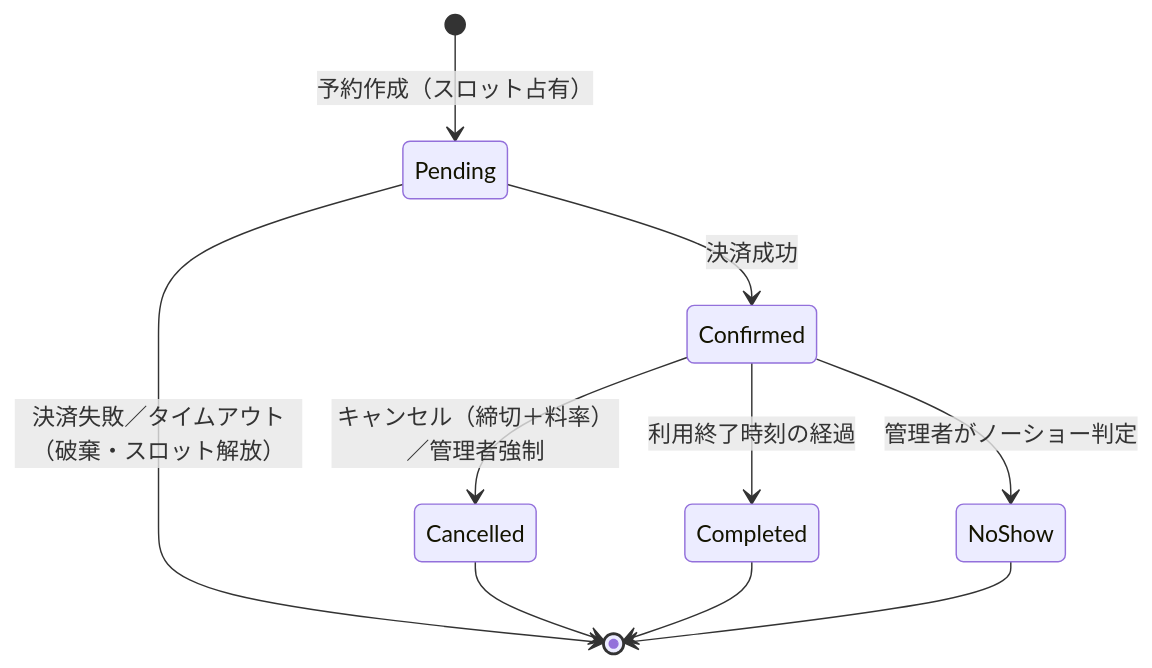
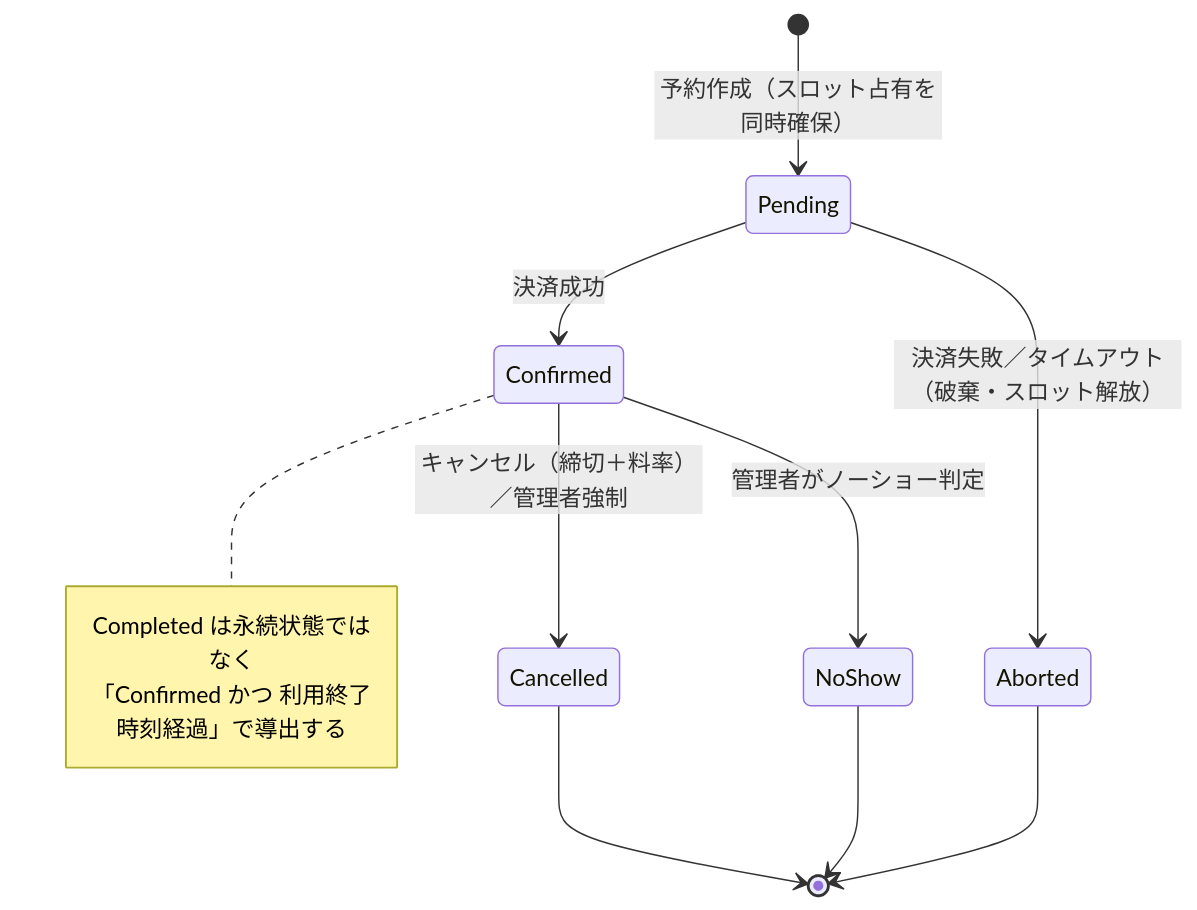
The diagram in docs/requirements/rental-space-booking.md (kato0373i/rental-space-booking), drawn with Mermaid before and after one commit. The commit also changed other lines of this file, not shown here.

````diff
--- a/docs/requirements/rental-space-booking.md
+++ b/docs/requirements/rental-space-booking.md
@@ -426,12 +426,15 @@
 ```mermaid
 stateDiagram-v2
-    [*] --> Pending: 予約作成（スロット占有）
+    [*] --> Pending: 予約作成（スロット占有を同時確保）
     Pending --> Confirmed: 決済成功
-    Pending --> [*]: 決済失敗／タイムアウト（破棄・スロット解放）
+    Pending --> Aborted: 決済失敗／タイムアウト（破棄・スロット解放）
     Confirmed --> Cancelled: キャンセル（締切＋料率）／管理者強制
-    Confirmed --> Completed: 利用終了時刻の経過
     Confirmed --> NoShow: 管理者がノーショー判定
     Cancelled --> [*]
-    Completed --> [*]
     NoShow --> [*]
+    Aborted --> [*]
+    note right of Confirmed
+        Completed は永続状態ではなく
+        「Confirmed かつ 利用終了時刻経過」で導出する
+    end note
 ```
````
